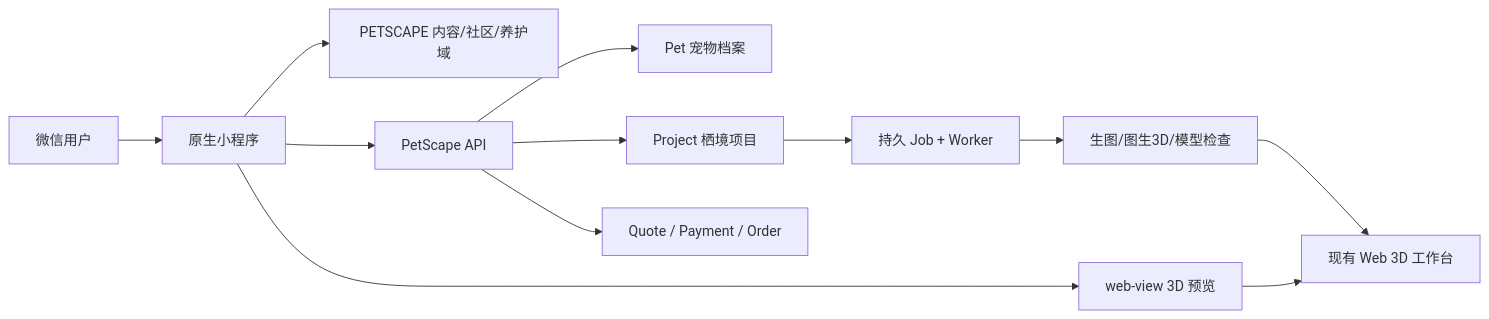
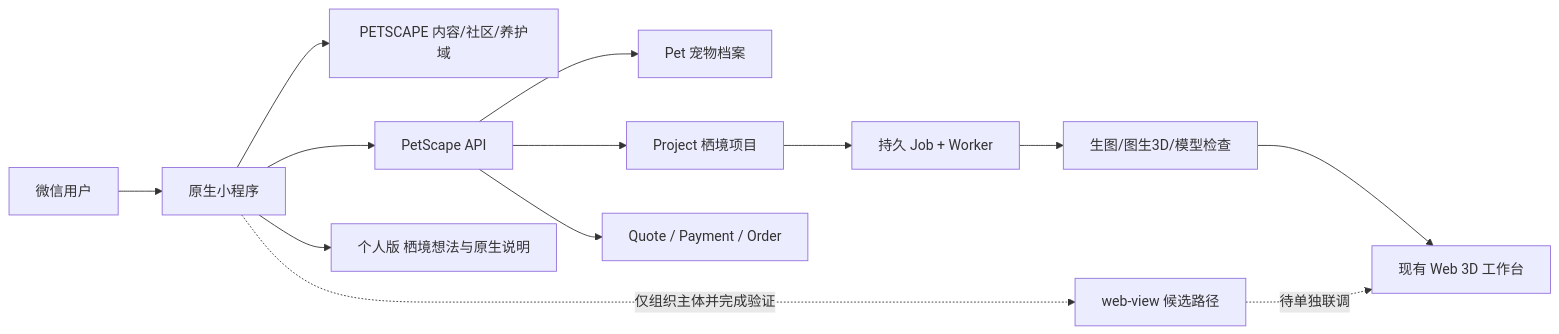
The diagram in docs/miniapp-integration.md (liu000813-Max/petscape-ai), drawn with Mermaid before and after one commit. The commit also changed other lines of this file and 26 other files, not shown here.

````diff
--- a/docs/miniapp-integration.md
+++ b/docs/miniapp-integration.md
@@ -19,14 +19,15 @@
 ```mermaid
 flowchart LR
   U[微信用户] --> MP[原生小程序]
   MP --> K[PETSCAPE 内容/社区/养护域]
   MP --> API[PetScape API]
   API --> P[Pet 宠物档案]
   API --> PR[Project 栖境项目]
   PR --> JOB[持久 Job + Worker]
   JOB --> GEN[生图/图生3D/模型检查]
   GEN --> WEB[现有 Web 3D 工作台]
   API --> COM[Quote / Payment / Order]
-  MP --> WEBVIEW[web-view 3D 预览]
-  WEBVIEW --> WEB
+  MP --> NOTES[个人版 栖境想法与原生说明]
+  MP -. 仅组织主体并完成验证 .-> WEBVIEW[web-view 候选路径]
+  WEBVIEW -. 待单独联调 .-> WEB
 ```
````
